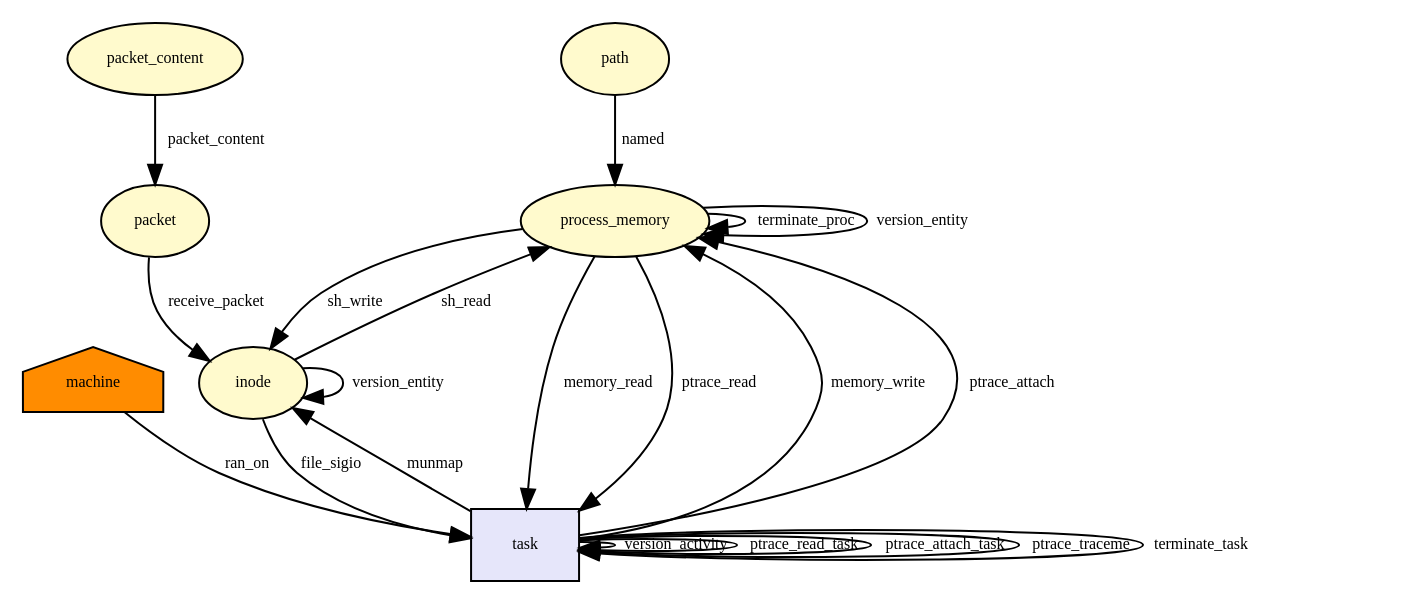
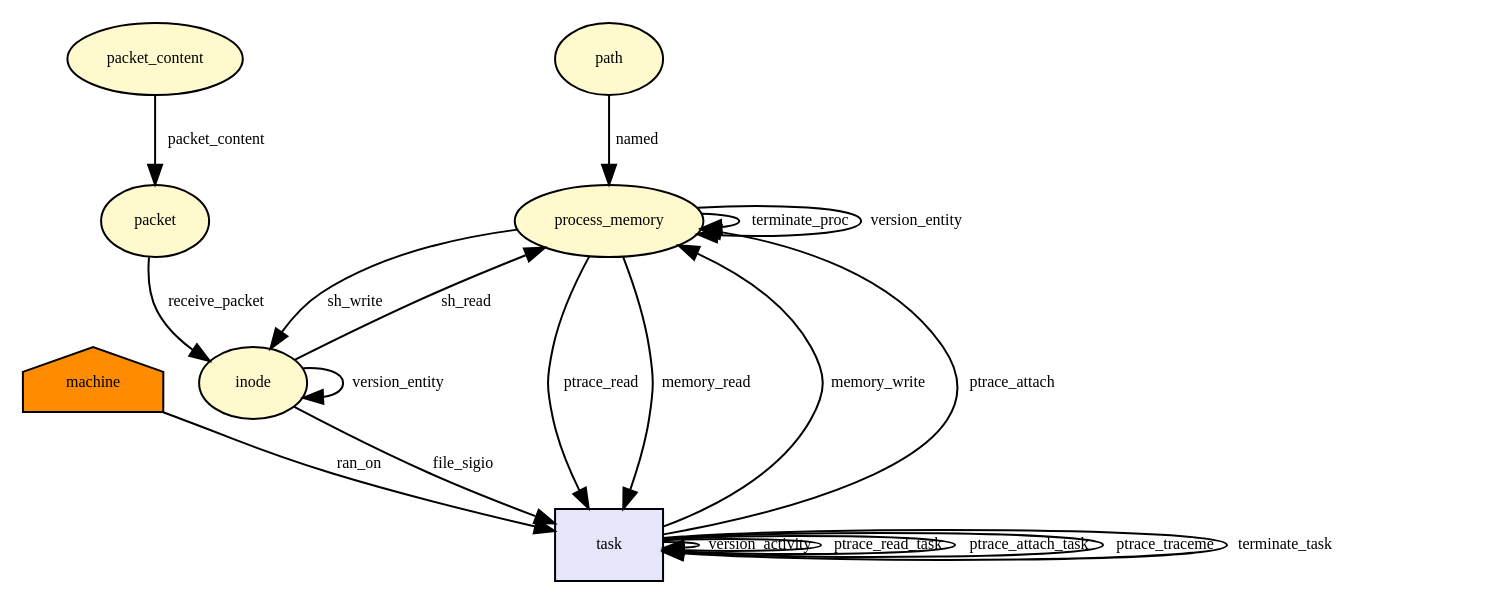
The diagram in docs/dot/__x64_sys_ptrace.dot (CamFlow/camflow-dev), drawn with Graphviz before and after one commit. The commit also changed 43 other files, not shown here.

```diff
--- a/docs/dot/__x64_sys_ptrace.dot
+++ b/docs/dot/__x64_sys_ptrace.dot
@@ -1,55 +1,53 @@
 digraph RGL__DirectedAdjacencyGraph {process_memory[fontsize = 8,label = process_memory,shape = ellipse, fillcolor="#fffacd", style = filled]
 
 process_memory -> process_memory[fontsize = 8,label = terminate_proc]
 
 inode[fontsize = 8,label = inode,shape = ellipse, fillcolor="#fffacd", style = filled]
 
 task[fontsize = 8,label = task,shape = rectangle, fillcolor="#e6e6fa", style = filled]
 
 inode -> task[fontsize = 8,label = file_sigio]
 
 task -> process_memory[fontsize = 8,label = memory_write]
 
 task -> task[fontsize = 8,label = version_activity]
 
 process_memory -> process_memory[fontsize = 8,label = version_entity]
 
 process_memory -> inode[fontsize = 8,label = sh_write]
 
 inode -> inode[fontsize = 8,label = version_entity]
 
 path[fontsize = 8,label = path,shape = ellipse, fillcolor="#fffacd", style = filled]
 
 path -> process_memory[fontsize = 8,label = named]
 
 machine[fontsize = 8,label = machine,shape = house, fillcolor="#ff8c00", style = filled]
 
 machine -> task[fontsize = 8,label = ran_on]
 
-process_memory -> task[fontsize = 8,label = memory_read]
-
-task -> inode[fontsize = 8,label = munmap]
-
-inode -> process_memory[fontsize = 8,label = sh_read]
-
 task -> task[fontsize = 8,label = ptrace_read_task]
 
 process_memory -> task[fontsize = 8,label = ptrace_read]
 
+process_memory -> task[fontsize = 8,label = memory_read]
+
 task -> process_memory[fontsize = 8,label = ptrace_attach]
+
+inode -> process_memory[fontsize = 8,label = sh_read]
 
 task -> task[fontsize = 8,label = ptrace_attach_task]
 
 task -> task[fontsize = 8,label = ptrace_traceme]
 
 packet_content[fontsize = 8,label = packet_content,shape = ellipse, fillcolor="#fffacd", style = filled]
 
 packet[fontsize = 8,label = packet,shape = ellipse, fillcolor="#fffacd", style = filled]
 
 packet_content -> packet[fontsize = 8,label = packet_content]
 
 packet -> inode[fontsize = 8,label = receive_packet]
 
 task -> task[fontsize = 8,label = terminate_task]
 
 }
```
